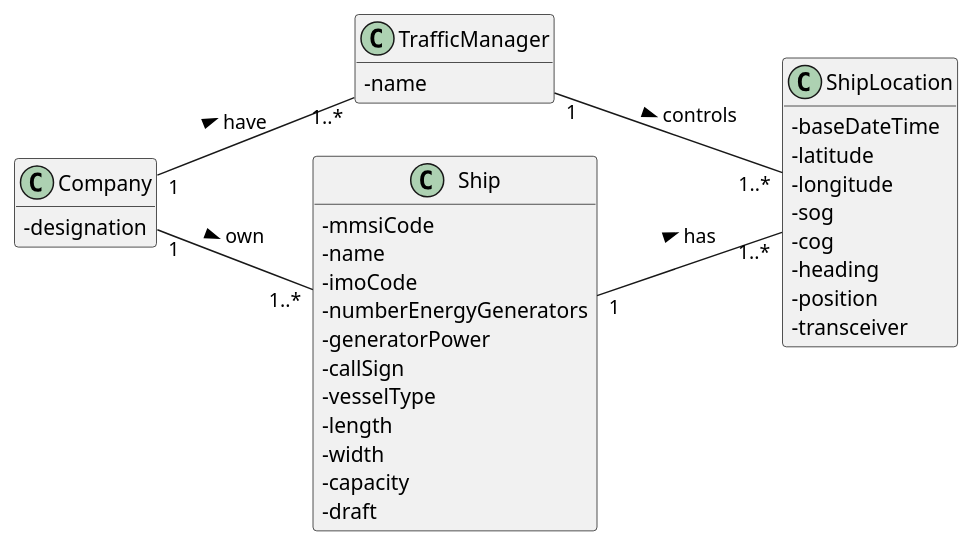
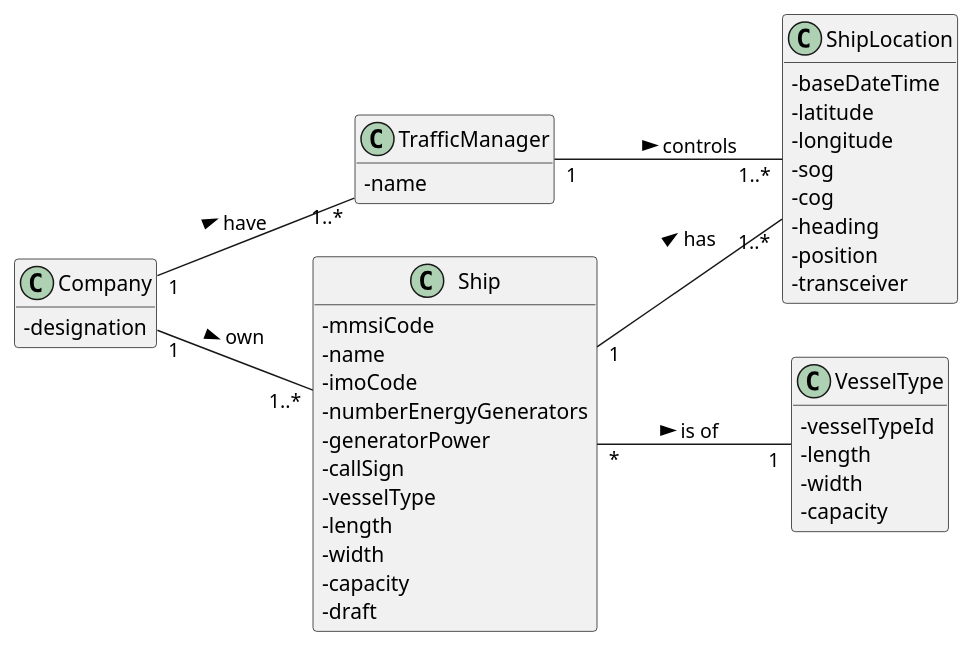
The diagram in docs/US101/US101_DM.puml (0franciscor/lapr3-2021-g042), drawn with PlantUML before and after one commit. The commit also changed 1 other file, not shown here.

```diff
--- a/docs/US101/US101_DM.puml
+++ b/docs/US101/US101_DM.puml
@@ -1,47 +1,56 @@
 @startuml
 
 hide methods
 left to right direction
 skinparam classAttributeIconSize 0
 
 class Company {
 -designation
 }
 
 class TrafficManager {
 -name
 }
 
 class Ship {
 -mmsiCode
 -name
 -imoCode
 -numberEnergyGenerators
 -generatorPower
 -callSign
 -vesselType
 -length
 -width
 -capacity
 -draft
 }
 
 class ShipLocation {
 -baseDateTime
 -latitude
 -longitude
 -sog
 -cog
 -heading
 -position
 -transceiver
 }
 
+class VesselType {
+-vesselTypeId
+-length
+-width
+-capacity
+}
+
 Company "1"--"1..*" Ship: own >
 Company "1"--"1..*" TrafficManager: have >
 
 Ship "1" -- "1..*" ShipLocation : has >
 
 TrafficManager "1" -- "1..*" ShipLocation : controls >
 
+Ship "*" -- "1" VesselType : is of >
+
 @enduml
```
